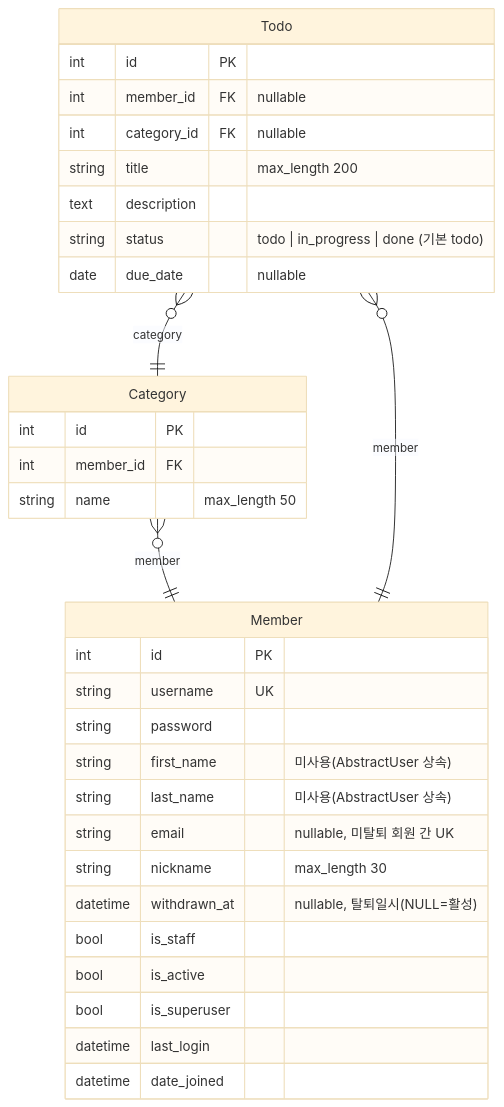
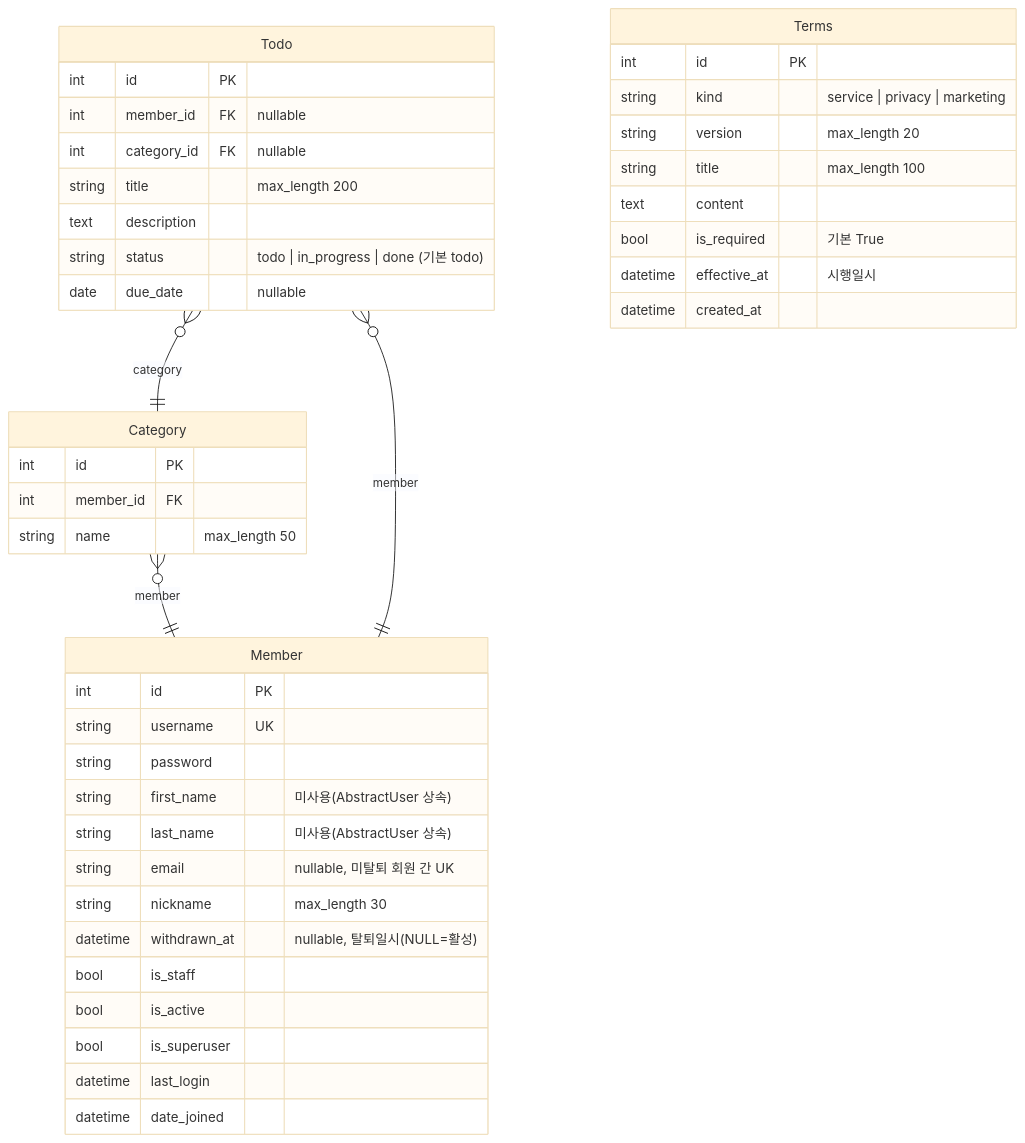
Before and after one commit to CS-yorisa/TODO-YORISA: the diagram in docs/erd.md, drawn with Mermaid (base theme). The commit also changed other lines of this file and 1 other file, not shown here.

Commit message:
docs: 약관 API와 Terms 모델을 문서에 반영

````diff
--- a/docs/erd.md
+++ b/docs/erd.md
@@ -3,35 +3,45 @@
 ```mermaid
 erDiagram
     Member {
         int id PK
         string username UK
         string password
         string first_name "미사용(AbstractUser 상속)"
         string last_name "미사용(AbstractUser 상속)"
         string email "nullable, 미탈퇴 회원 간 UK"
         string nickname "max_length 30"
         datetime withdrawn_at "nullable, 탈퇴일시(NULL=활성)"
         bool is_staff
         bool is_active
         bool is_superuser
         datetime last_login
         datetime date_joined
     }
     Category {
         int id PK
         int member_id FK
         string name "max_length 50"
     }
     Todo {
         int id PK
         int member_id FK "nullable"
         int category_id FK "nullable"
         string title "max_length 200"
         text description
         string status "todo | in_progress | done (기본 todo)"
         date due_date "nullable"
     }
+    Terms {
+        int id PK
+        string kind "service | privacy | marketing"
+        string version "max_length 20"
+        string title "max_length 100"
+        text content
+        bool is_required "기본 True"
+        datetime effective_at "시행일시"
+        datetime created_at
+    }
     Category }o--|| Member : "member"
     Todo }o--|| Member : "member"
     Todo }o--|| Category : "category"
 ```
````
